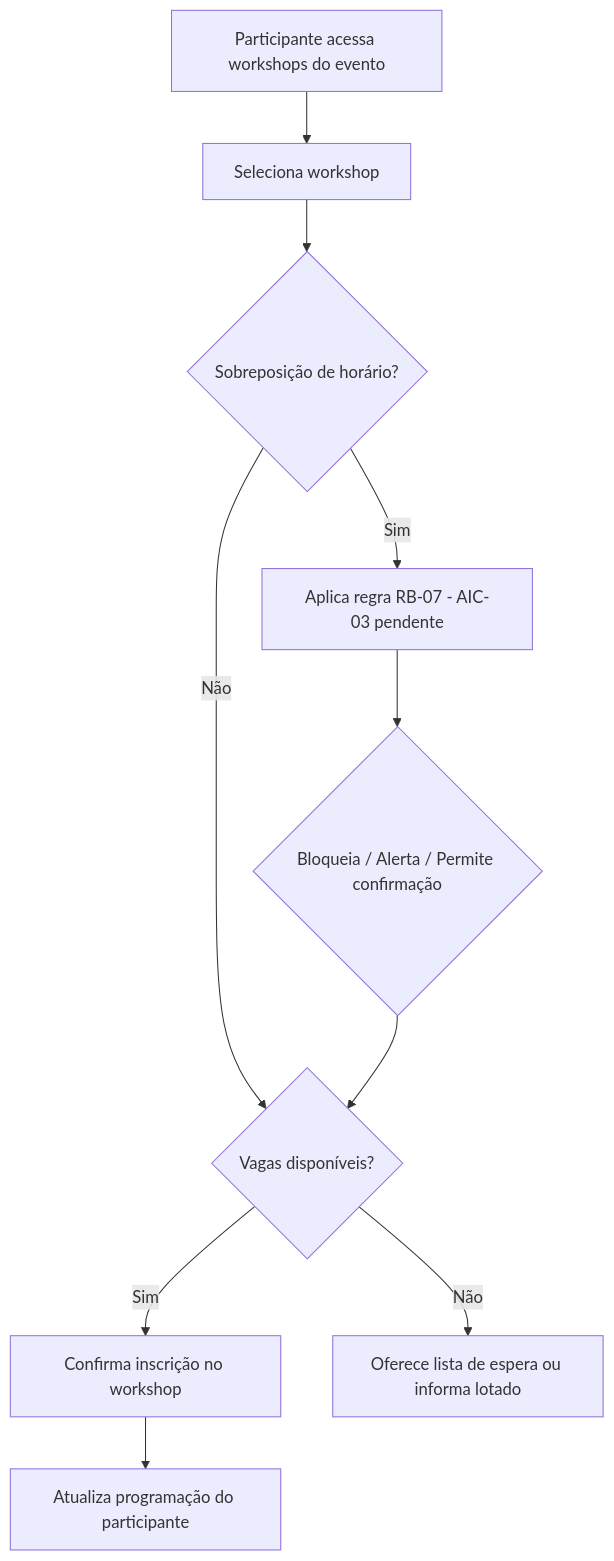
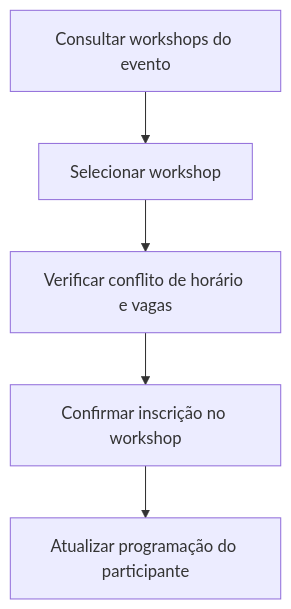
Before and after one commit to felipe-globo/engenharia-requisitos-genai: the second of 7 diagrams in especificacao/prototipos-e-fluxos.md, drawn with Mermaid. The commit also changed other lines of this file, not shown here.

First line of the commit message:
docs: simplify prototypes and flows to main path diagrams

````diff
--- a/especificacao/prototipos-e-fluxos.md
+++ b/especificacao/prototipos-e-fluxos.md
@@ -51,12 +30,7 @@
 ```mermaid
 flowchart TD
-    A[Participante acessa workshops do evento] --> B[Seleciona workshop]
-    B --> C{Sobreposição de horário?}
-    C -->|Não| D{Vagas disponíveis?}
-    C -->|Sim| E[Aplica regra RB-07 - AIC-03 pendente]
-    E --> F{Bloqueia / Alerta / Permite confirmação}
-    F --> D
-    D -->|Sim| G[Confirma inscrição no workshop]
-    D -->|Não| H[Oferece lista de espera ou informa lotado]
-    G --> I[Atualiza programação do participante]
+    A[Consultar workshops do evento] --> B[Selecionar workshop]
+    B --> C[Verificar conflito de horário e vagas]
+    C --> D[Confirmar inscrição no workshop]
+    D --> E[Atualizar programação do participante]
 ```
````
